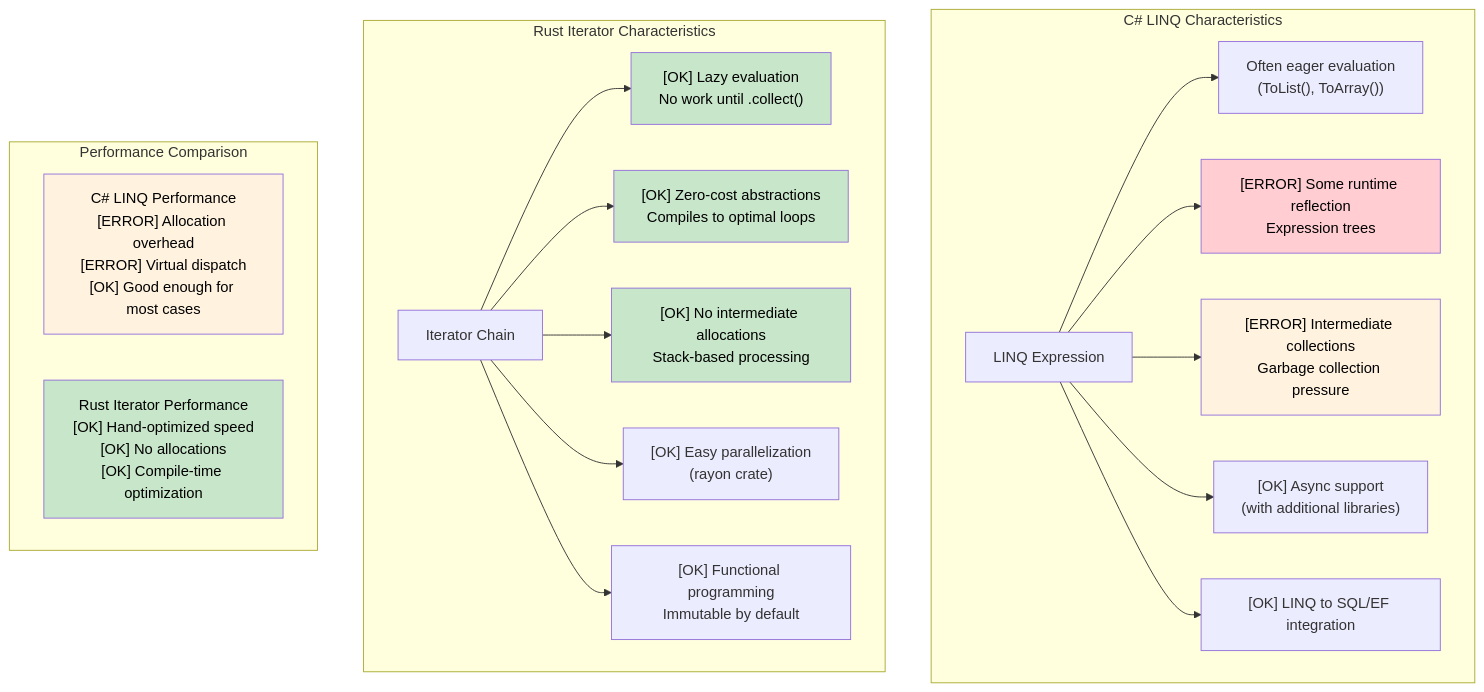
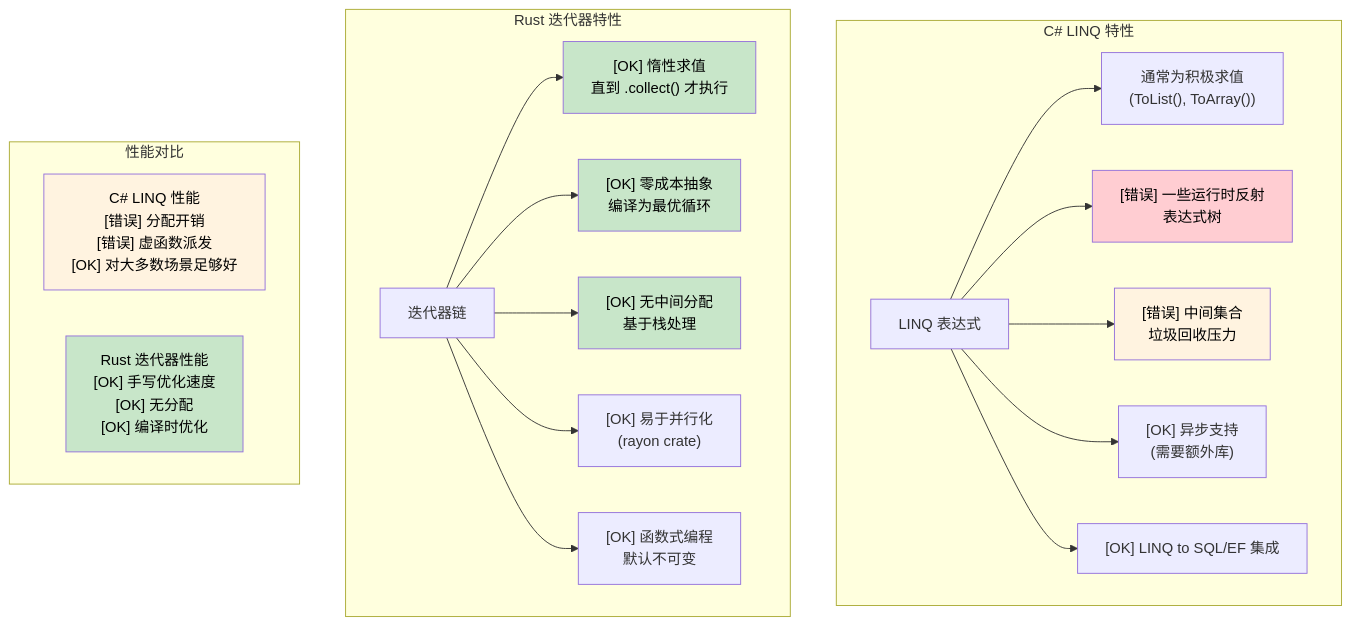
One commit to zyxisme/microsoft-RustTraining-cn changed the diagram in csharp-book/src/ch12-closures-and-iterators.md. Above: the diagram before and after it, drawn with Mermaid. The commit also changed other lines of this file and 37 other files, not shown here.

````diff
--- a/csharp-book/src/ch12-closures-and-iterators.md
+++ b/csharp-book/src/ch12-closures-and-iterators.md
@@ -183,45 +183,45 @@
 ```mermaid
 graph TD
-    subgraph "C# LINQ Characteristics"
-        CS_LINQ["LINQ Expression"]
-        CS_EAGER["Often eager evaluation<br/>(ToList(), ToArray())"]
-        CS_REFLECTION["[ERROR] Some runtime reflection<br/>Expression trees"]
-        CS_ALLOCATIONS["[ERROR] Intermediate collections<br/>Garbage collection pressure"]
-        CS_ASYNC["[OK] Async support<br/>(with additional libraries)"]
-        CS_SQL["[OK] LINQ to SQL/EF integration"]
+    subgraph "C# LINQ 特性"
+        CS_LINQ["LINQ 表达式"]
+        CS_EAGER["通常为积极求值<br/>(ToList(), ToArray())"]
+        CS_REFLECTION["[错误] 一些运行时反射<br/>表达式树"]
+        CS_ALLOCATIONS["[错误] 中间集合<br/>垃圾回收压力"]
+        CS_ASYNC["[OK] 异步支持<br/>(需要额外库)"]
+        CS_SQL["[OK] LINQ to SQL/EF 集成"]
         
         CS_LINQ --> CS_EAGER
         CS_LINQ --> CS_REFLECTION
         CS_LINQ --> CS_ALLOCATIONS
         CS_LINQ --> CS_ASYNC
         CS_LINQ --> CS_SQL
     end
     
-    subgraph "Rust Iterator Characteristics"
-        RUST_ITER["Iterator Chain"]
-        RUST_LAZY["[OK] Lazy evaluation<br/>No work until .collect()"]
-        RUST_ZERO["[OK] Zero-cost abstractions<br/>Compiles to optimal loops"]
-        RUST_NO_ALLOC["[OK] No intermediate allocations<br/>Stack-based processing"]
-        RUST_PARALLEL["[OK] Easy parallelization<br/>(rayon crate)"]
-        RUST_FUNCTIONAL["[OK] Functional programming<br/>Immutable by default"]
+    subgraph "Rust 迭代器特性"
+        RUST_ITER["迭代器链"]
+        RUST_LAZY["[OK] 惰性求值<br/>直到 .collect() 才执行"]
+        RUST_ZERO["[OK] 零成本抽象<br/>编译为最优循环"]
+        RUST_NO_ALLOC["[OK] 无中间分配<br/>基于栈处理"]
+        RUST_PARALLEL["[OK] 易于并行化<br/>(rayon crate)"]
+        RUST_FUNCTIONAL["[OK] 函数式编程<br/>默认不可变"]
         
         RUST_ITER --> RUST_LAZY
         RUST_ITER --> RUST_ZERO
         RUST_ITER --> RUST_NO_ALLOC
         RUST_ITER --> RUST_PARALLEL
         RUST_ITER --> RUST_FUNCTIONAL
     end
     
-    subgraph "Performance Comparison"
-        CS_PERF["C# LINQ Performance<br/>[ERROR] Allocation overhead<br/>[ERROR] Virtual dispatch<br/>[OK] Good enough for most cases"]
-        RUST_PERF["Rust Iterator Performance<br/>[OK] Hand-optimized speed<br/>[OK] No allocations<br/>[OK] Compile-time optimization"]
+    subgraph "性能对比"
+        CS_PERF["C# LINQ 性能<br/>[错误] 分配开销<br/>[错误] 虚函数派发<br/>[OK] 对大多数场景足够好"]
+        RUST_PERF["Rust 迭代器性能<br/>[OK] 手写优化速度<br/>[OK] 无分配<br/>[OK] 编译时优化"]
     end
     
     style CS_REFLECTION fill:#ffcdd2,color:#000
     style CS_ALLOCATIONS fill:#fff3e0,color:#000
     style RUST_ZERO fill:#c8e6c9,color:#000
     style RUST_LAZY fill:#c8e6c9,color:#000
     style RUST_NO_ALLOC fill:#c8e6c9,color:#000
     style CS_PERF fill:#fff3e0,color:#000
     style RUST_PERF fill:#c8e6c9,color:#000
 ```
````
